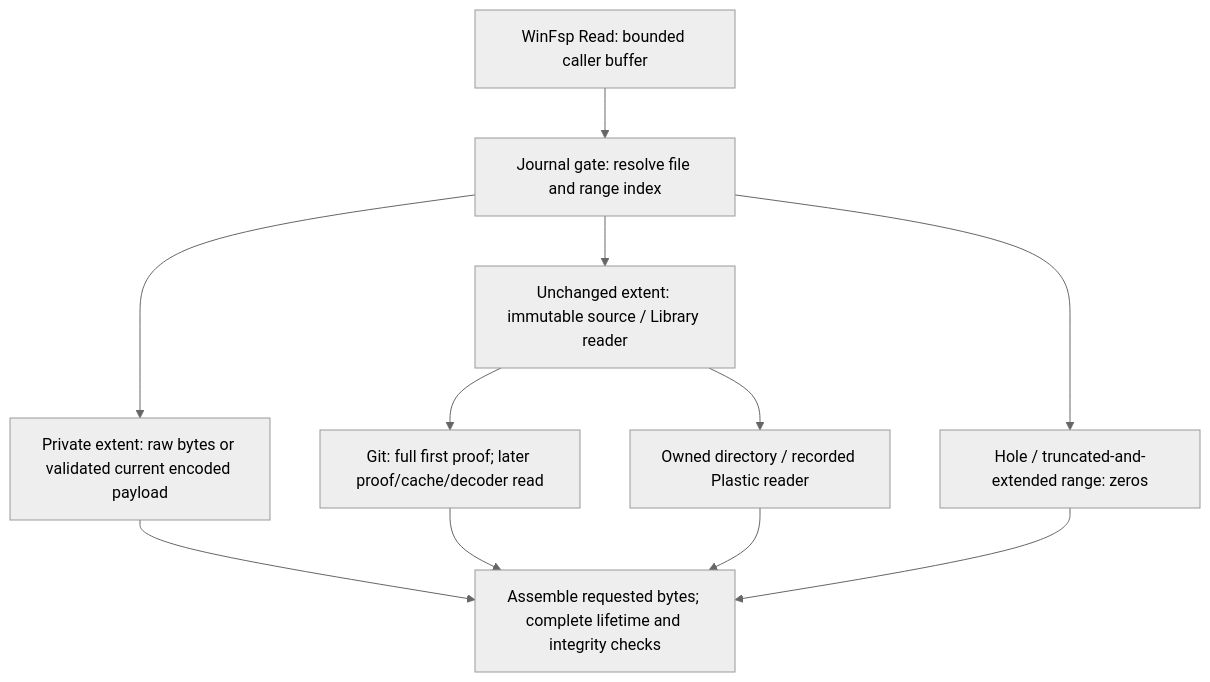
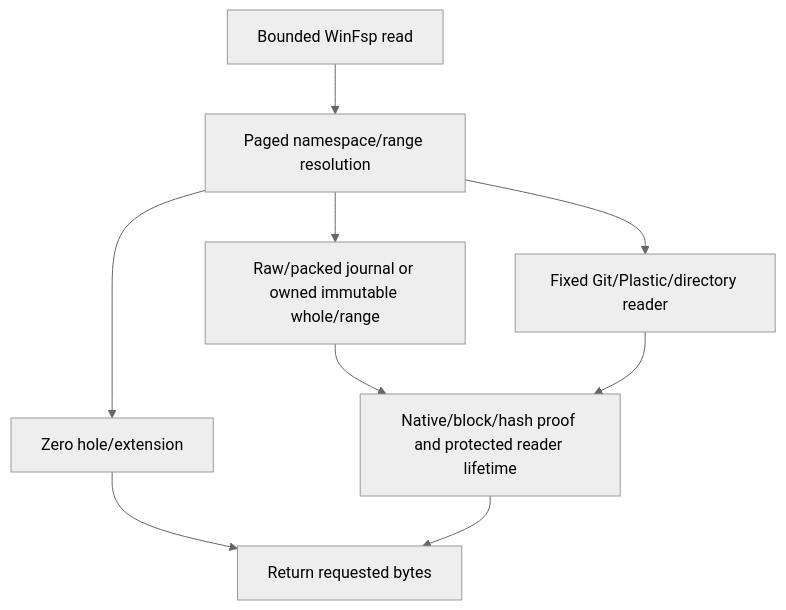
The third of 6 diagrams in docs/lifecycle-optimization-map.md (olivecrow/splinter), drawn with Mermaid (neutral theme) before and after one commit. The commit also changed other lines of this file and 391 other files, not shown here.

````diff
--- a/docs/lifecycle-optimization-map.md
+++ b/docs/lifecycle-optimization-map.md
@@ -185,13 +108,11 @@
 ```mermaid
 flowchart TD
-  Read["WinFsp Read: bounded caller buffer"] --> Resolve["Journal gate: resolve file and range index"]
-  Resolve --> Private["Private extent: raw bytes or validated current encoded payload"]
-  Resolve --> Base["Unchanged extent: immutable source / Library reader"]
-  Resolve --> Hole["Hole / truncated-and-extended range: zeros"]
-  Base --> GitRead["Git: full first proof; later proof/cache/decoder read"]
-  Base --> FileRead["Owned directory / recorded Plastic reader"]
-  Private --> Finish["Assemble requested bytes; complete lifetime and integrity checks"]
-  GitRead --> Finish
-  FileRead --> Finish
-  Hole --> Finish
+  Read["Bounded WinFsp read"] --> Resolve["Paged namespace/range resolution"]
+  Resolve --> Private["Raw/packed journal or owned immutable whole/range"]
+  Resolve --> Basis["Fixed Git/Plastic/directory reader"]
+  Resolve --> Hole["Zero hole/extension"]
+  Private --> Proof["Native/block/hash proof and protected reader lifetime"]
+  Basis --> Proof
+  Hole --> Done["Return requested bytes"]
+  Proof --> Done
 ```
````
